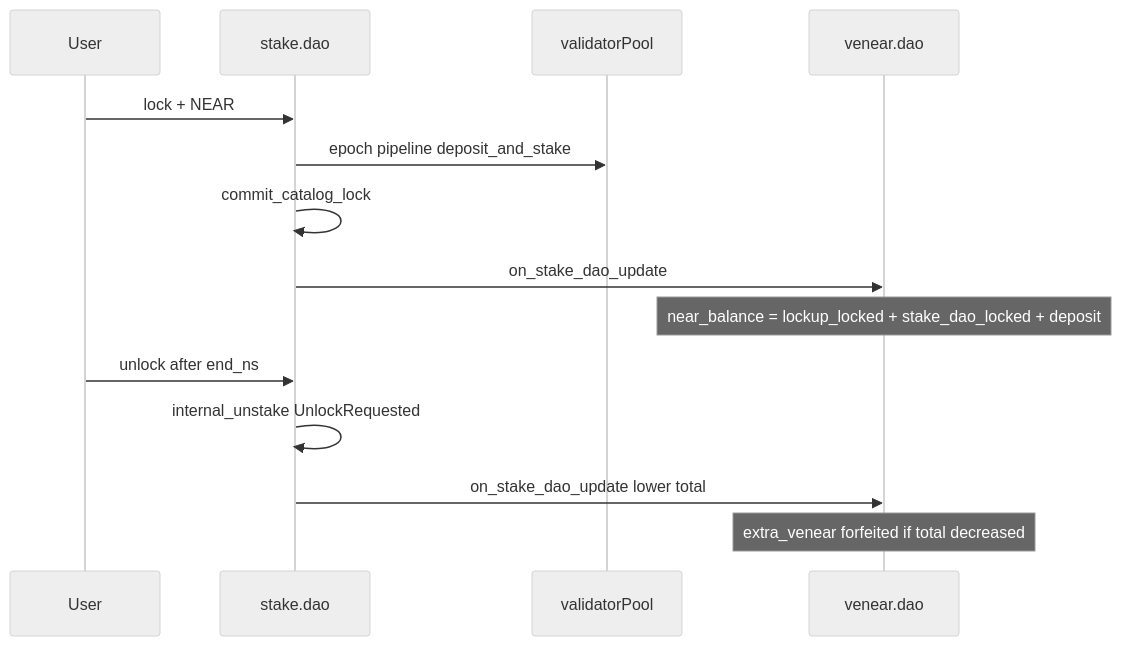
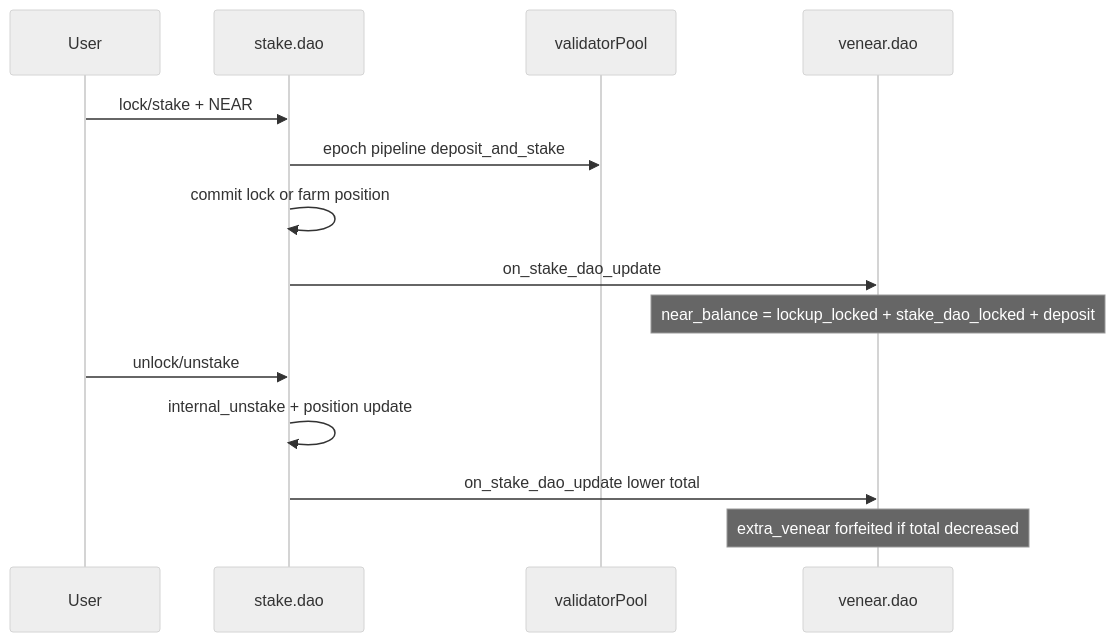
The diagram in staking-contract/docs/features/venear-integration.md (nearai/house-of-stake-contracts), drawn with Mermaid (neutral theme) before and after one commit. The commit also changed other lines of this file, not shown here.

Commit message:
Update veNEAR staking integration design

````diff
--- a/staking-contract/docs/features/venear-integration.md
+++ b/staking-contract/docs/features/venear-integration.md
@@ -96,18 +103,18 @@
 ```mermaid
 sequenceDiagram
     participant User
     participant StakeDao as stake.dao
     participant Pool as validatorPool
     participant VeNEAR as venear.dao
 
-    User->>StakeDao: lock + NEAR
+    User->>StakeDao: lock/stake + NEAR
     StakeDao->>Pool: epoch pipeline deposit_and_stake
-    StakeDao->>StakeDao: commit_catalog_lock
+    StakeDao->>StakeDao: commit lock or farm position
     StakeDao->>VeNEAR: on_stake_dao_update
     Note over VeNEAR: near_balance = lockup_locked + stake_dao_locked + deposit
 
-    User->>StakeDao: unlock after end_ns
-    StakeDao->>StakeDao: internal_unstake UnlockRequested
+    User->>StakeDao: unlock/unstake
+    StakeDao->>StakeDao: internal_unstake + position update
     StakeDao->>VeNEAR: on_stake_dao_update lower total
     Note over VeNEAR: extra_venear forfeited if total decreased
 ```
````
